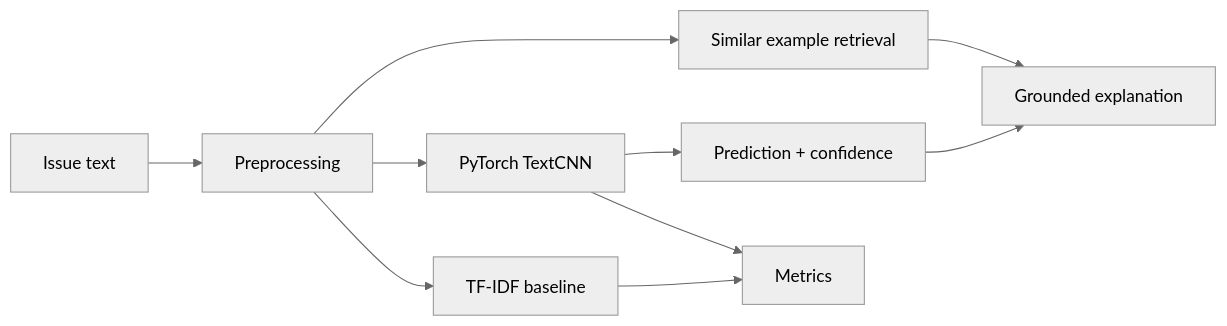
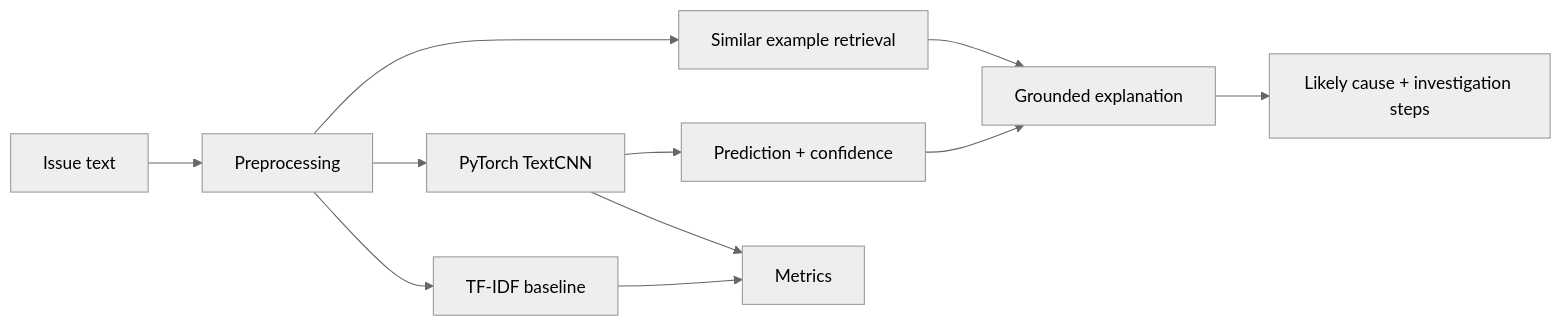
Before and after one commit to NhanNguyenIT123/Engineering-Intelligence-Suite: the diagram in README.md, drawn with Mermaid (neutral theme). The commit also changed other lines of this file and 9 other files, not shown here.

````diff
--- a/README.md
+++ b/README.md
@@ -24,12 +42,13 @@
 ```mermaid
 flowchart LR
   A["Issue text"] --> B["Preprocessing"]
   B --> C["TF-IDF baseline"]
   B --> D["PyTorch TextCNN"]
   D --> E["Prediction + confidence"]
   B --> F["Similar example retrieval"]
   E --> G["Grounded explanation"]
   F --> G
-  C --> H["Metrics"]
-  D --> H
+  G --> H["Likely cause + investigation steps"]
+  C --> I["Metrics"]
+  D --> I
 ```
````
